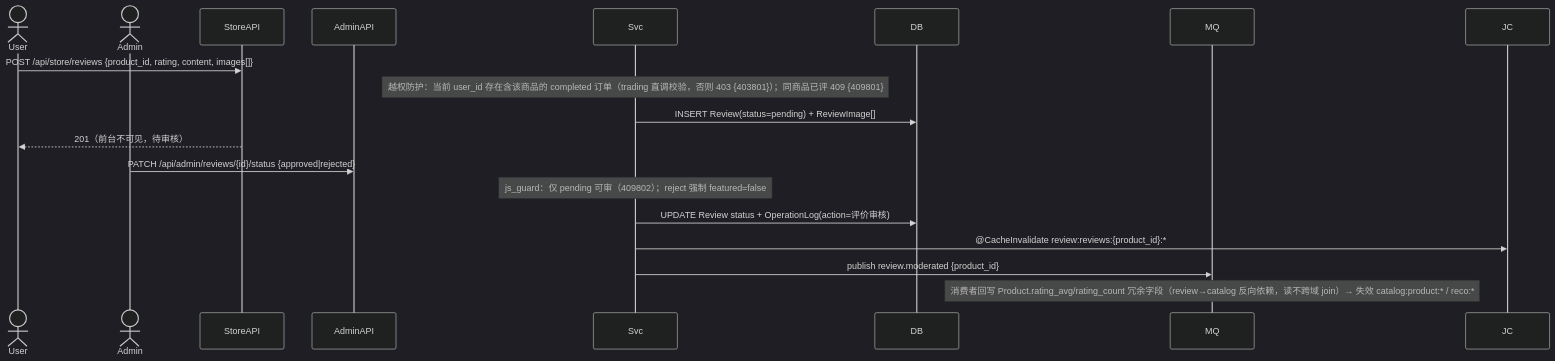
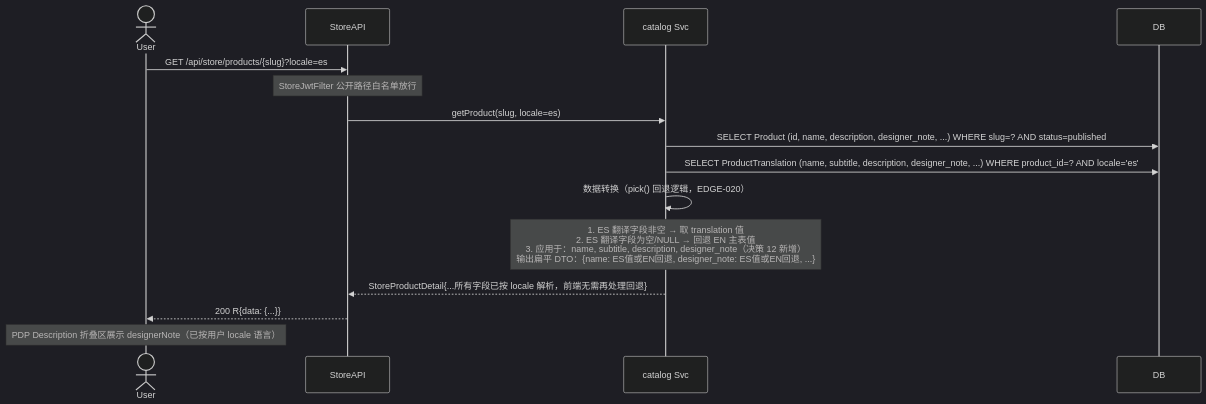
The eighth of 9 diagrams in hhspec/specs/architecture/data-flow.md (hptec/dreamy), drawn with Mermaid (dark theme) before and after one commit. The commit also changed other lines of this file and 249 other files, not shown here.

````diff
--- a/hhspec/specs/architecture/data-flow.md
+++ b/hhspec/specs/architecture/data-flow.md
@@ -522,23 +404,21 @@
 ```mermaid
 sequenceDiagram
     actor User
-    actor Admin
     participant StoreAPI
-    participant AdminAPI
-    participant Svc
+    participant Svc as catalog Svc
     participant DB
-    participant MQ
-    participant JC
 
-    User->>StoreAPI: POST /api/store/reviews {product_id, rating, content, images[]}
-    Note over Svc: 越权防护：当前 user_id 存在含该商品的 completed 订单（trading 直调校验，否则 403 {403801}）；同商品已评 409 {409801}
-    Svc->>DB: INSERT Review(status=pending) + ReviewImage[]
-    StoreAPI-->>User: 201（前台不可见，待审核）
-
-    Admin->>AdminAPI: PATCH /api/admin/reviews/{id}/status {approved|rejected}
-    Note over Svc: js_guard：仅 pending 可审（409802）；reject 强制 featured=false
-    Svc->>DB: UPDATE Review status + OperationLog(action=评价审核)
-    Svc->>JC: @CacheInvalidate review:reviews:{product_id}:*
-    Svc->>MQ: publish review.moderated {product_id}
-    Note over MQ: 消费者回写 Product.rating_avg/rating_count 冗余字段（review→catalog 反向依赖，读不跨域 join）→ 失效 catalog:product:* / reco:*
+    User->>StoreAPI: GET /api/store/products/{slug}?locale=es
+    Note over StoreAPI: StoreJwtFilter 公开路径白名单放行
+    StoreAPI->>Svc: getProduct(slug, locale=es)
+    
+    Svc->>DB: SELECT Product (id, name, description, designer_note, ...) WHERE slug=? AND status=published
+    Svc->>DB: SELECT ProductTranslation (name, subtitle, description, designer_note, ...) WHERE product_id=? AND locale='es'
+    
+    Svc->>Svc: 数据转换（pick() 回退逻辑，EDGE-020）
+    Note over Svc: 1. ES 翻译字段非空 → 取 translation 值<br/>2. ES 翻译字段为空/NULL → 回退 EN 主表值<br/>3. 应用于：name, subtitle, description, designer_note（决策 12 新增）<br/>输出扁平 DTO：{name: ES值或EN回退, designer_note: ES值或EN回退, ...}
+    
+    Svc-->>StoreAPI: StoreProductDetail{...所有字段已按 locale 解析，前端无需再处理回退}
+    StoreAPI-->>User: 200 R{data: {...}}
+    Note over User: PDP Description 折叠区展示 designerNote（已按用户 locale 语言）
 ```
````
